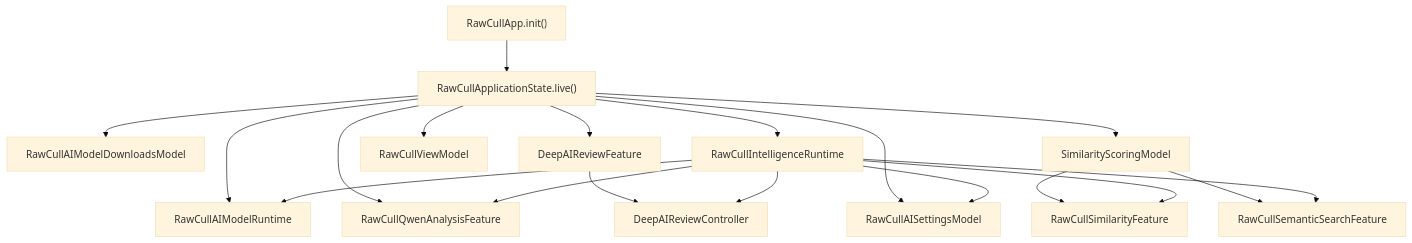
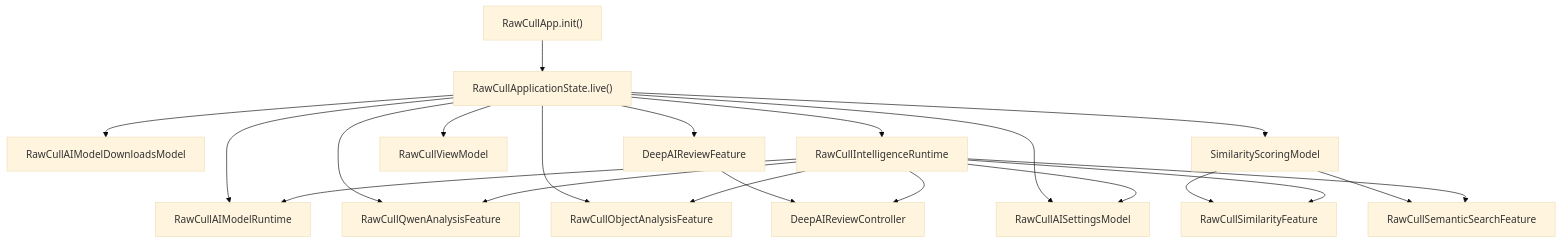
Before and after one commit to rsyncOSX/TechDocRawcull: the first of 2 diagrams in content/en/docs/aiinrawcull.md, drawn with Mermaid (base theme). The commit also changed other lines of this file and 1 other file, not shown here.

Commit message:
multi objects

````diff
--- a/content/en/docs/aiinrawcull.md
+++ b/content/en/docs/aiinrawcull.md
@@ -121,21 +139,23 @@
 ```mermaid
 flowchart TD
     App["RawCullApp.init()"] --> State["RawCullApplicationState.live()"]
     State --> Models["RawCullAIModelRuntime"]
     State --> Downloads["RawCullAIModelDownloadsModel"]
     State --> QwenFeature["RawCullQwenAnalysisFeature"]
+    State --> Objects["RawCullObjectAnalysisFeature"]
     State --> DeepFeature["DeepAIReviewFeature"]
     State --> Settings["RawCullAISettingsModel"]
     State --> Scoring["SimilarityScoringModel"]
     Scoring --> Similarity["RawCullSimilarityFeature"]
     Scoring --> Semantic["RawCullSemanticSearchFeature"]
     DeepFeature --> Controller["DeepAIReviewController"]
     State --> VM["RawCullViewModel"]
     State --> Runtime["RawCullIntelligenceRuntime"]
     Runtime --> Models
     Runtime --> QwenFeature
+    Runtime --> Objects
     Runtime --> Similarity
     Runtime --> Semantic
     Runtime --> Controller
     Runtime --> Settings
 ```
````
